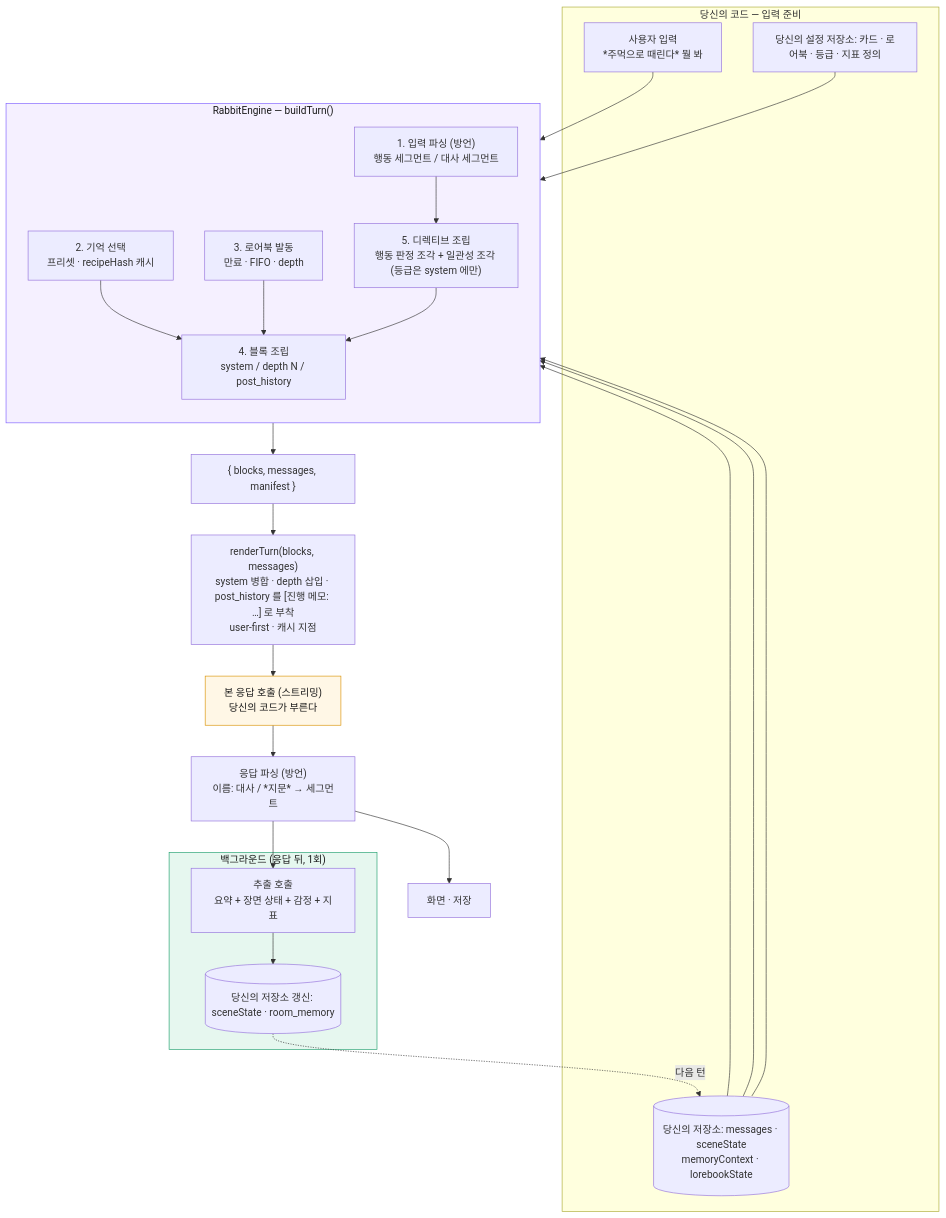
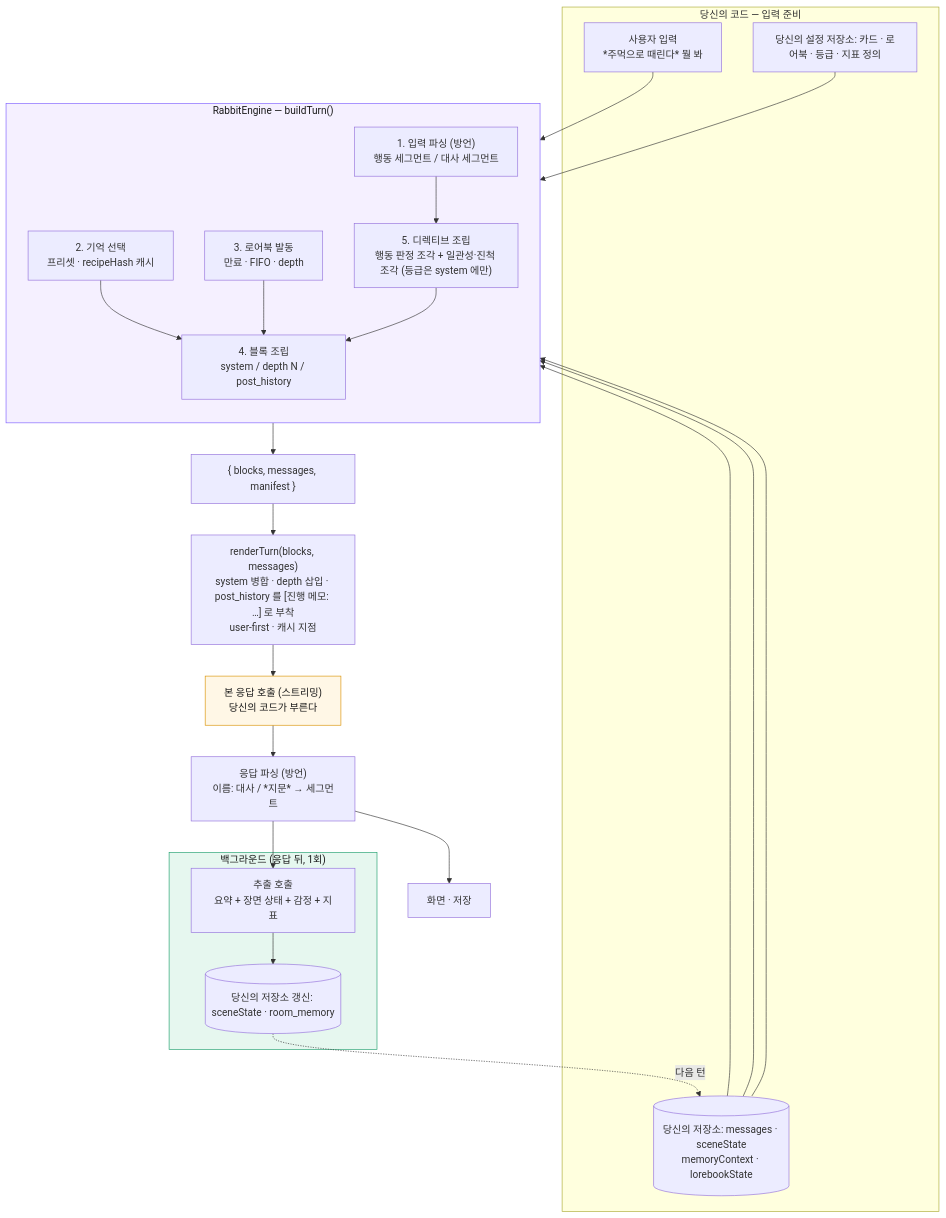
The first of 3 diagrams in README.md (saroby/RabbitEngine), drawn with Mermaid before and after one commit. The commit also changed other lines of this file and 7 other files, not shown here.

````diff
--- a/README.md
+++ b/README.md
@@ -13,46 +13,46 @@
 ```mermaid
 flowchart TB
     subgraph HOST_IN["당신의 코드 — 입력 준비"]
         U["사용자 입력<br>*주먹으로 때린다* 뭘 봐"]
         DB[("당신의 저장소: messages · sceneState<br>memoryContext · lorebookState")]
         CAT["당신의 설정 저장소: 카드 · 로어북 · 등급 · 지표 정의"]
     end
 
     subgraph ENGINE["RabbitEngine — buildTurn()"]
         direction TB
         P1["1. 입력 파싱 (방언)<br>행동 세그먼트 / 대사 세그먼트"]
         P2["2. 기억 선택<br>프리셋 · recipeHash 캐시"]
         P3["3. 로어북 발동<br>만료 · FIFO · depth"]
         P4["4. 블록 조립<br>system / depth N / post_history"]
-        P5["5. 디렉티브 조립<br>행동 판정 조각 + 일관성 조각 (등급은 system 에만)"]
+        P5["5. 디렉티브 조립<br>행동 판정 조각 + 일관성·진척 조각 (등급은 system 에만)"]
         P1 --> P5
         P2 --> P4
         P3 --> P4
         P5 --> P4
     end
 
     OUT["{ blocks, messages, manifest }"]
     R["renderTurn(blocks, messages)<br>system 병합 · depth 삽입 · post_history 를 [진행 메모: …] 로 부착<br>user-first · 캐시 지점"]
     LLM["본 응답 호출 (스트리밍)<br>당신의 코드가 부른다"]
     PARSE["응답 파싱 (방언)<br>이름: 대사 / *지문* → 세그먼트"]
     UI["화면 · 저장"]
 
     subgraph BG["백그라운드 (응답 뒤, 1회)"]
         X["추출 호출<br>요약 + 장면 상태 + 감정 + 지표"]
         S[("당신의 저장소 갱신: sceneState · room_memory")]
         X --> S
     end
 
     U --> P1
     DB --> P2
     DB --> P3
     CAT --> P4
     DB --> P4
     ENGINE --> OUT --> R --> LLM --> PARSE --> UI
     PARSE --> X
     S -. 다음 턴 .-> DB
 
     style ENGINE fill:#f5f0ff,stroke:#7c5cff,color:#1a1a1a
     style BG fill:#e6f7ef,stroke:#1a9e6a,color:#1a1a1a
     style LLM fill:#fff7e6,stroke:#d99100,color:#1a1a1a
 ```
````
